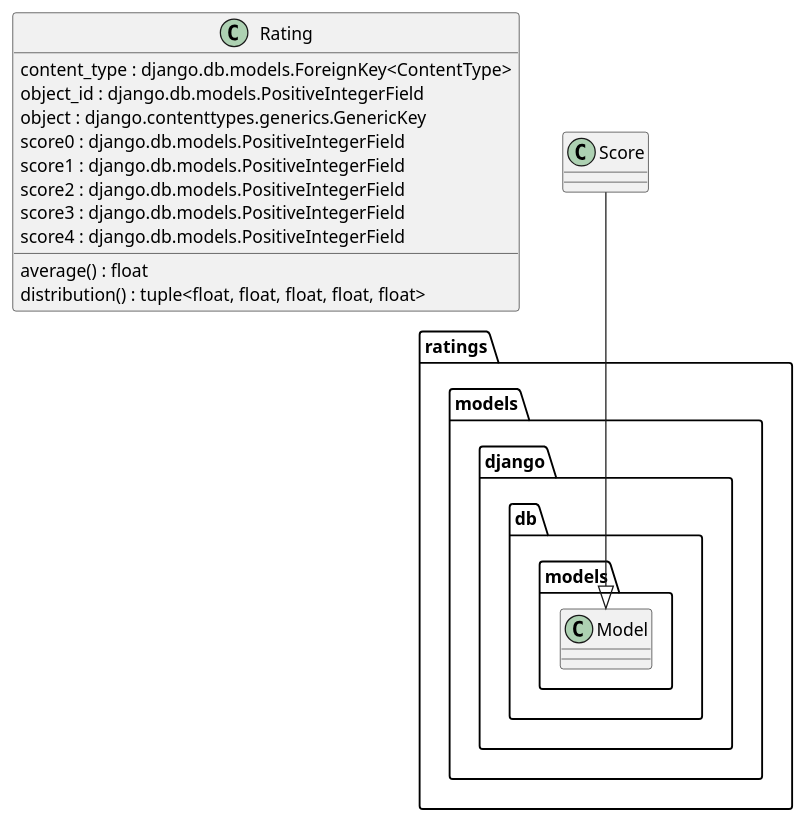
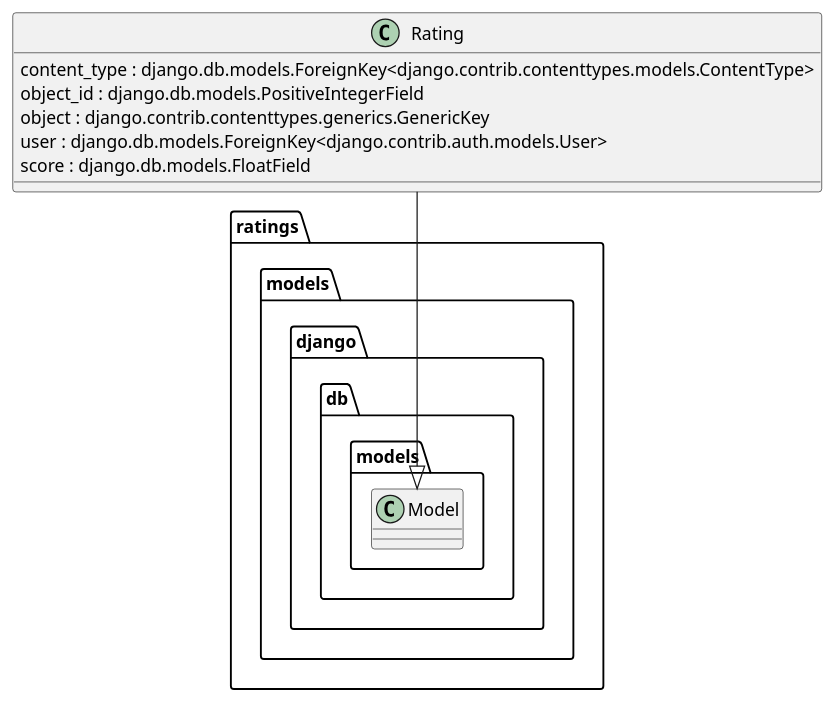
One commit to schnip-it/schnip.it changed the second of 3 diagrams in doc/writeup/design/classes.plantuml. Above: the diagram before and after it, drawn with PlantUML. The commit also changed other lines of this file and 2 other files, not shown here.

Commit message:
Update PlantUML

```diff
--- a/doc/writeup/design/classes.plantuml
+++ b/doc/writeup/design/classes.plantuml
@@ -54,19 +57,14 @@
 @startuml class_ratings.png
 namespace ratings {
     namespace ratings.models {
         class .Rating {
-            content_type : django.db.models.ForeignKey<ContentType>
+            content_type : django.db.models.ForeignKey<django.contrib.contenttypes.models.ContentType>
             object_id : django.db.models.PositiveIntegerField
-            object : django.contenttypes.generics.GenericKey
-            score0 : django.db.models.PositiveIntegerField
-            score1 : django.db.models.PositiveIntegerField
-            score2 : django.db.models.PositiveIntegerField
-            score3 : django.db.models.PositiveIntegerField
-            score4 : django.db.models.PositiveIntegerField
-            average() : float
-            distribution() : tuple<float, float, float, float, float>
+            object : django.contrib.contenttypes.generics.GenericKey
+            user : django.db.models.ForeignKey<django.contrib.auth.models.User>
+            score : django.db.models.FloatField
         }
-        .Score --|> django.db.models.Model
+        .Rating --|> django.db.models.Model
     }
 }
 @enduml
```
